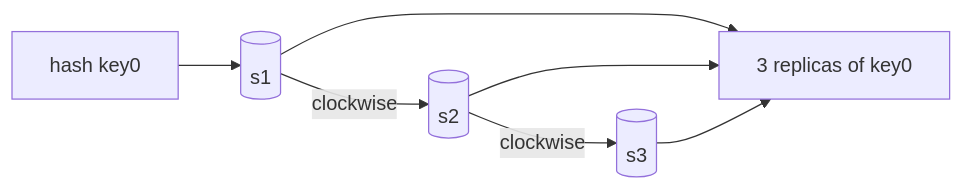
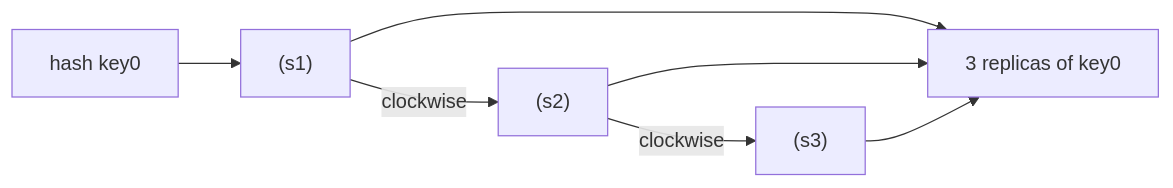
The third of 8 diagrams in files/System-Design-Questions/19-key_value_store_system_design.md (pankajThakur1874/studysheet), drawn with Mermaid before and after one commit. The commit also changed other lines of this file and 102 other files, not shown here.

Commit message:
Auto-fix Mermaid diagram syntax across all study guides to prevent Syntax Error in Mermaid v10

````diff
--- a/files/System-Design-Questions/19-key_value_store_system_design.md
+++ b/files/System-Design-Questions/19-key_value_store_system_design.md
@@ -187,7 +187,7 @@
 ```mermaid
 flowchart LR
-    K[hash key0] --> S1[(s1)]
-    S1 -->|clockwise| S2[(s2)]
-    S2 -->|clockwise| S3[(s3)]
+    K[hash key0] --> S1["(s1)"]
+    S1 -->|clockwise| S2["(s2)"]
+    S2 -->|clockwise| S3["(s3)"]
     S1 & S2 & S3 --> R[3 replicas of key0]
 ```
````
